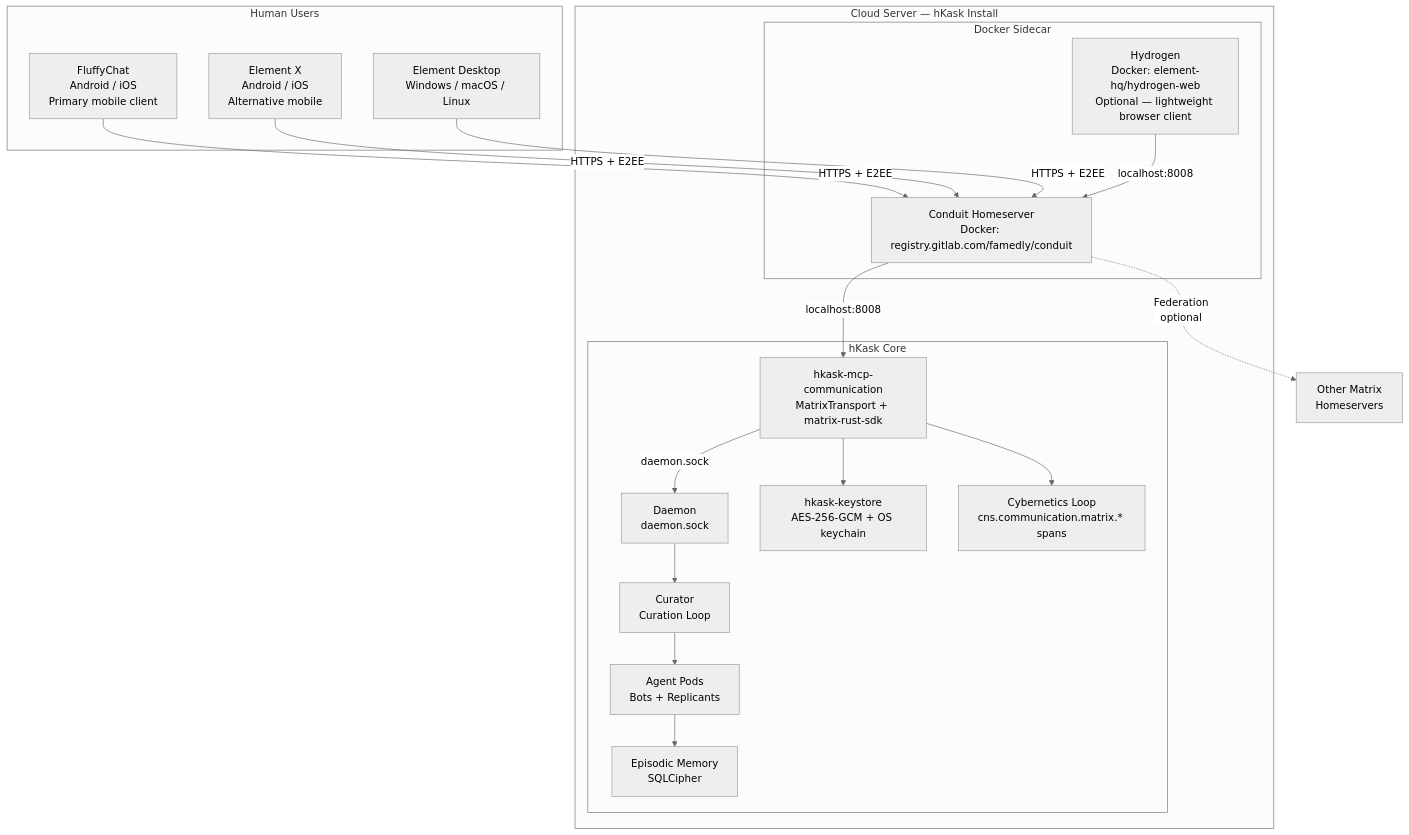
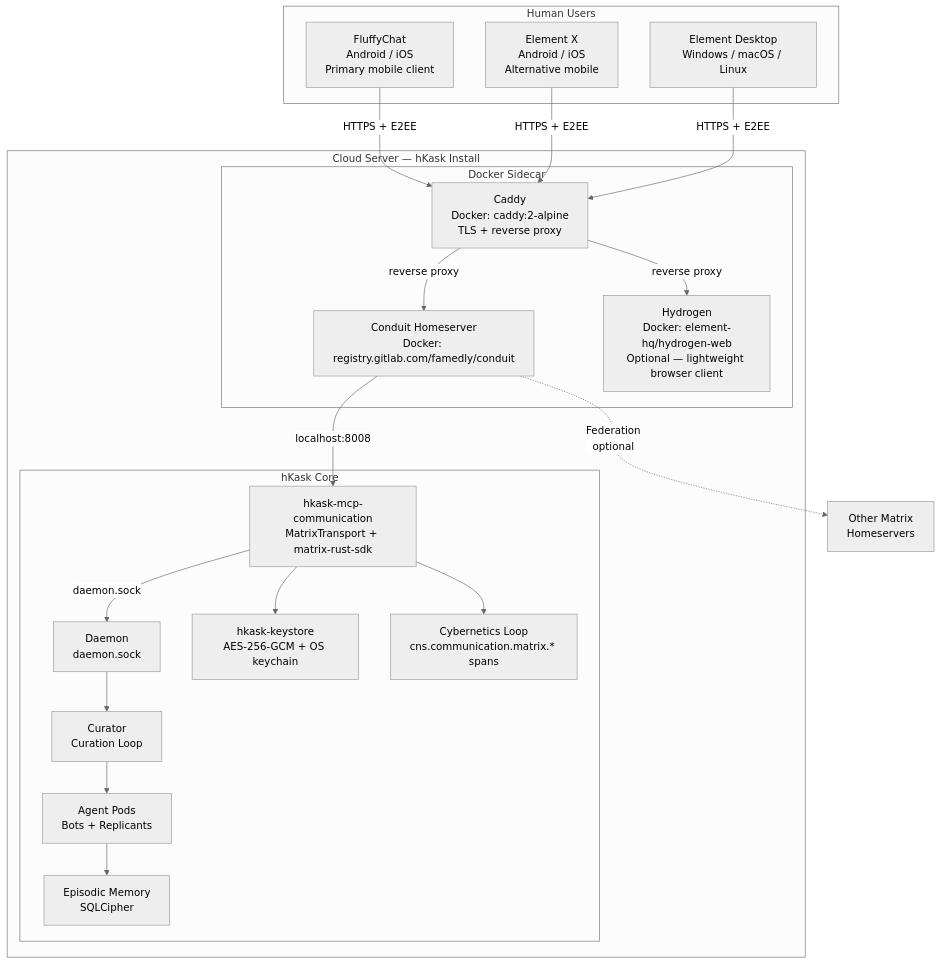
The sixth of 6 diagrams in docs/architecture/matrix-integration-architecture.md (mdz-axo/hKask), drawn with Mermaid (neutral theme) before and after one commit. The commit also changed other lines of this file and 80 other files, not shown here.

````diff
--- a/docs/architecture/matrix-integration-architecture.md
+++ b/docs/architecture/matrix-integration-architecture.md
@@ -676,40 +757,42 @@
 ```mermaid
 graph TD
     subgraph Cloud["Cloud Server — hKask Install"]
         subgraph Sidecar["Docker Sidecar"]
+            CADDY[Caddy<br/>Docker: caddy:2-alpine<br/>TLS + reverse proxy]
             CONDUIT[Conduit Homeserver<br/>Docker: registry.gitlab.com/famedly/conduit]
             ELEMENT[Hydrogen<br/>Docker: element-hq/hydrogen-web<br/>Optional — lightweight browser client]
         end
         
         subgraph Core["hKask Core"]
             DAEMON[Daemon<br/>daemon.sock]
             MCP_COMM[hkask-mcp-communication<br/>MatrixTransport + matrix-rust-sdk]
             CURATOR[Curator<br/>Curation Loop]
             AGENTS[Agent Pods<br/>Bots + Replicants]
             KEYSTORE[hkask-keystore<br/>AES-256-GCM + OS keychain]
             EPISODIC[Episodic Memory<br/>SQLCipher]
             CNS[Cybernetics Loop<br/>cns.communication.matrix.* spans]
         end
     end
     
     subgraph Humans["Human Users"]
         FLUFFY[FluffyChat<br/>Android / iOS<br/>Primary mobile client]
         ELEM_X[Element X<br/>Android / iOS<br/>Alternative mobile]
         ELEM_D[Element Desktop<br/>Windows / macOS / Linux]
     end
     
-    FLUFFY -->|HTTPS + E2EE| CONDUIT
-    ELEM_X -->|HTTPS + E2EE| CONDUIT
-    ELEM_D -->|HTTPS + E2EE| CONDUIT
-    ELEMENT -->|localhost:8008| CONDUIT
+    FLUFFY -->|HTTPS + E2EE| CADDY
+    ELEM_X -->|HTTPS + E2EE| CADDY
+    ELEM_D -->|HTTPS + E2EE| CADDY
+    CADDY -->|reverse proxy| CONDUIT
+    CADDY -->|reverse proxy| ELEMENT
     
     CONDUIT -->|localhost:8008| MCP_COMM
     MCP_COMM -->|daemon.sock| DAEMON
     DAEMON --> CURATOR
     CURATOR --> AGENTS
     AGENTS --> EPISODIC
     MCP_COMM --> KEYSTORE
     MCP_COMM --> CNS
     
     CONDUIT -.->|Federation<br/>optional| OTHER[Other Matrix<br/>Homeservers]
 ```
````
